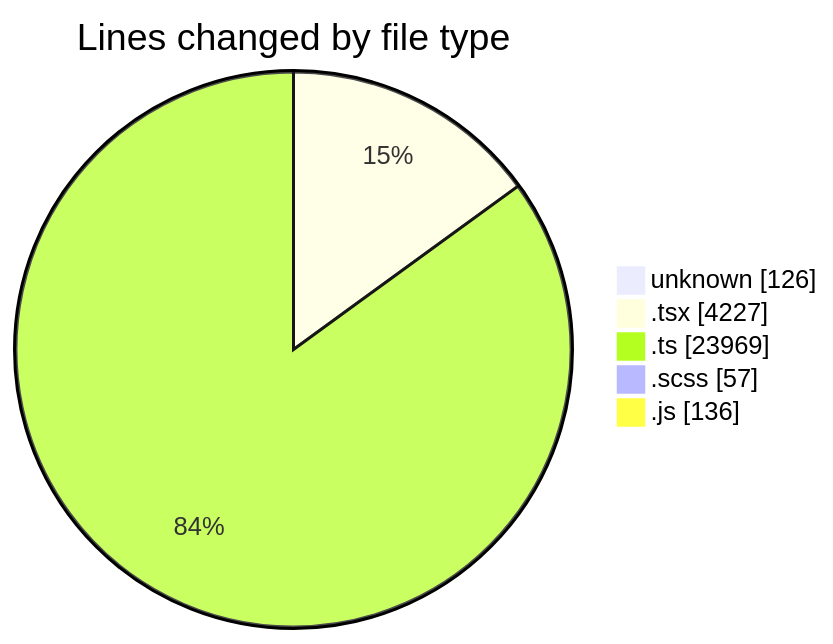
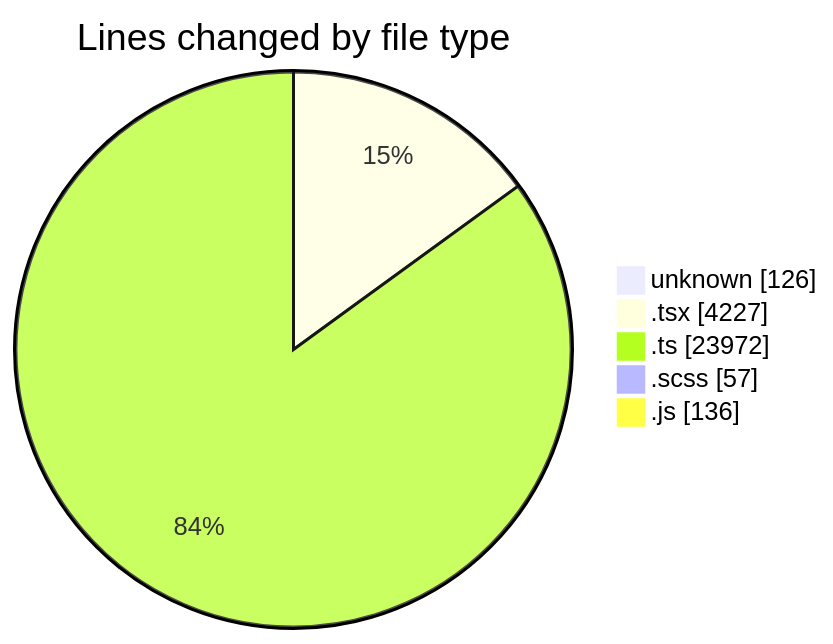
One commit to momahboobian/code-tracking changed the first of 2 diagrams in 2026-09-23/cda/README.md. Above: the diagram before and after it, drawn with Mermaid. The commit also changed other lines of this file and 1 other file, not shown here.

````diff
--- a/2026-09-23/cda/README.md
+++ b/2026-09-23/cda/README.md
@@ -52,9 +52,9 @@
 ```mermaid
 pie showData
 title Lines changed by file type
 "unknown" : 126
 ".tsx" : 4227
-".ts" : 23969
+".ts" : 23972
 ".scss" : 57
 ".js" : 136
 ```
````
